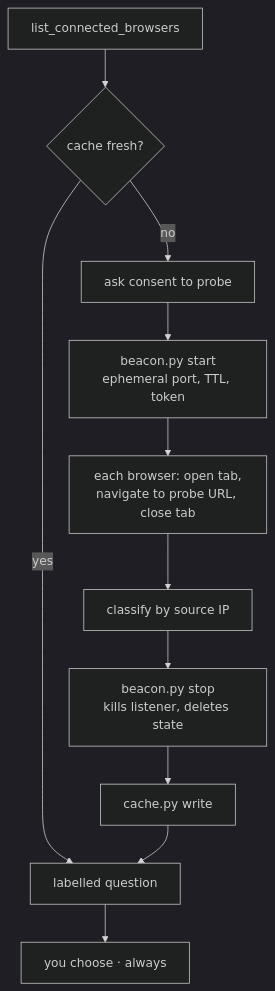
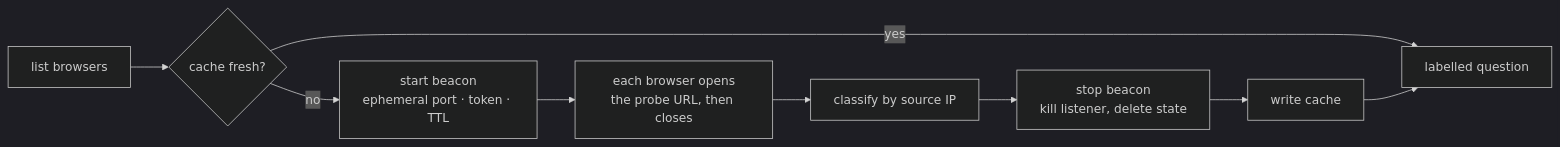
The diagram in README.md (jhammant/chrome-pick-skill), drawn with Mermaid (dark theme) before and after one commit. The commit also changed other lines of this file, not shown here.

````diff
--- a/README.md
+++ b/README.md
@@ -49,13 +62,10 @@
 ```mermaid
-flowchart TD
-  A[list_connected_browsers] --> B{cache fresh?}
+flowchart LR
+  A[list browsers] --> B{cache fresh?}
   B -->|yes| H[labelled question]
-  B -->|no| C[ask consent to probe]
-  C --> D[beacon.py start<br/>ephemeral port, TTL, token]
-  D --> E[each browser: open tab,<br/>navigate to probe URL, close tab]
+  B -->|no| D[start beacon<br/>ephemeral port · token · TTL]
+  D --> E[each browser opens<br/>the probe URL, then closes]
   E --> F[classify by source IP]
-  F --> G[beacon.py stop<br/>kills listener, deletes state]
-  G --> I[cache.py write]
-  I --> H
-  H --> J[you choose · always]
+  F --> G[stop beacon<br/>kill listener, delete state]
+  G --> I[write cache] --> H
 ```
````
